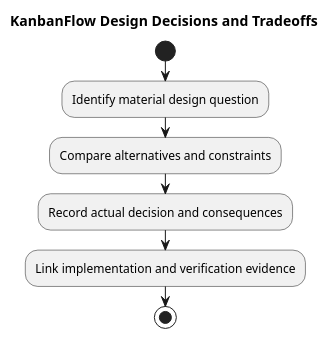
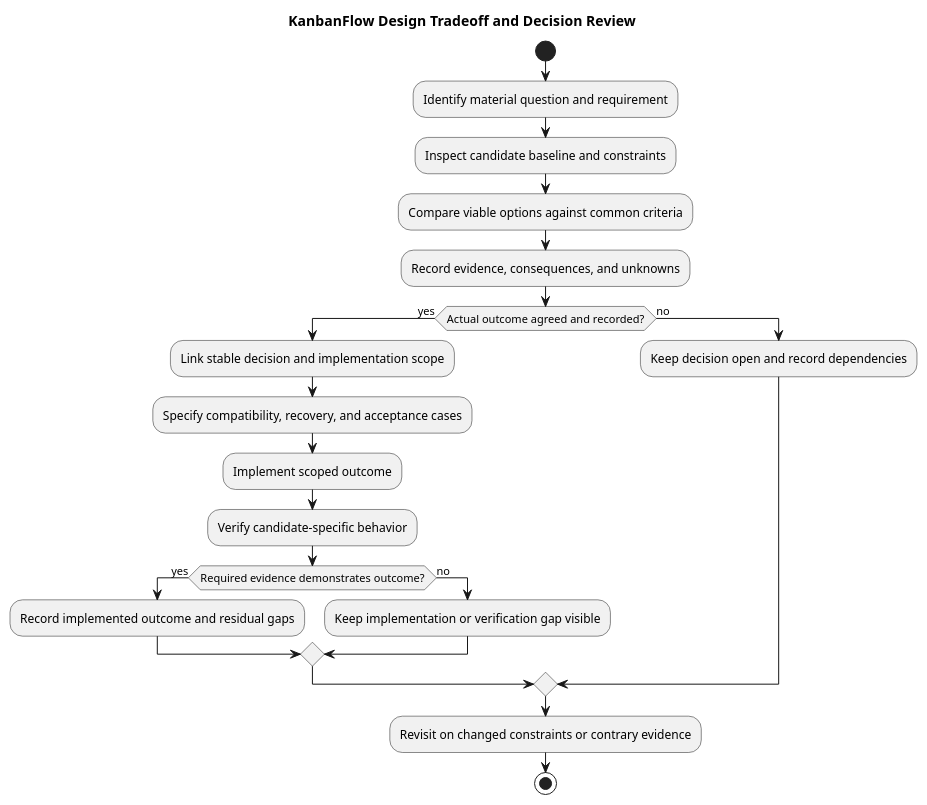
The diagram in docs/SDLC/04-design/diagrams/design-decisions-and-tradeoffs.puml (Farhad-Valizadegan/Web-KanbanFlow), drawn with PlantUML before and after one commit. The commit also changed 2 other files, not shown here.

Commit message:
docs: complete design decision and tradeoff guidance

```diff
--- a/docs/SDLC/04-design/diagrams/design-decisions-and-tradeoffs.puml
+++ b/docs/SDLC/04-design/diagrams/design-decisions-and-tradeoffs.puml
@@ -1,9 +1,23 @@
 @startuml
-title KanbanFlow Design Decisions and Tradeoffs
+title KanbanFlow Design Tradeoff and Decision Review
 start
-:Identify material design question;
-:Compare alternatives and constraints;
-:Record actual decision and consequences;
-:Link implementation and verification evidence;
+:Identify material question and requirement;
+:Inspect candidate baseline and constraints;
+:Compare viable options against common criteria;
+:Record evidence, consequences, and unknowns;
+if (Actual outcome agreed and recorded?) then (yes)
+ :Link stable decision and implementation scope;
+ :Specify compatibility, recovery, and acceptance cases;
+ :Implement scoped outcome;
+ :Verify candidate-specific behavior;
+ if (Required evidence demonstrates outcome?) then (yes)
+  :Record implemented outcome and residual gaps;
+ else (no)
+  :Keep implementation or verification gap visible;
+ endif
+else (no)
+ :Keep decision open and record dependencies;
+endif
+:Revisit on changed constraints or contrary evidence;
 stop
 @enduml
```
